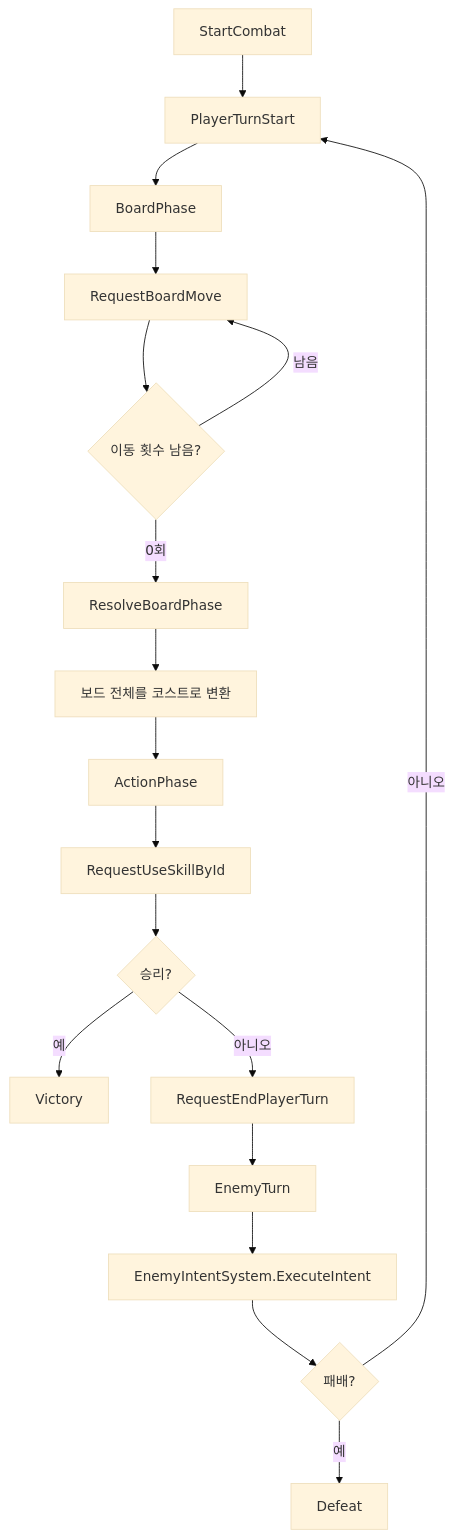
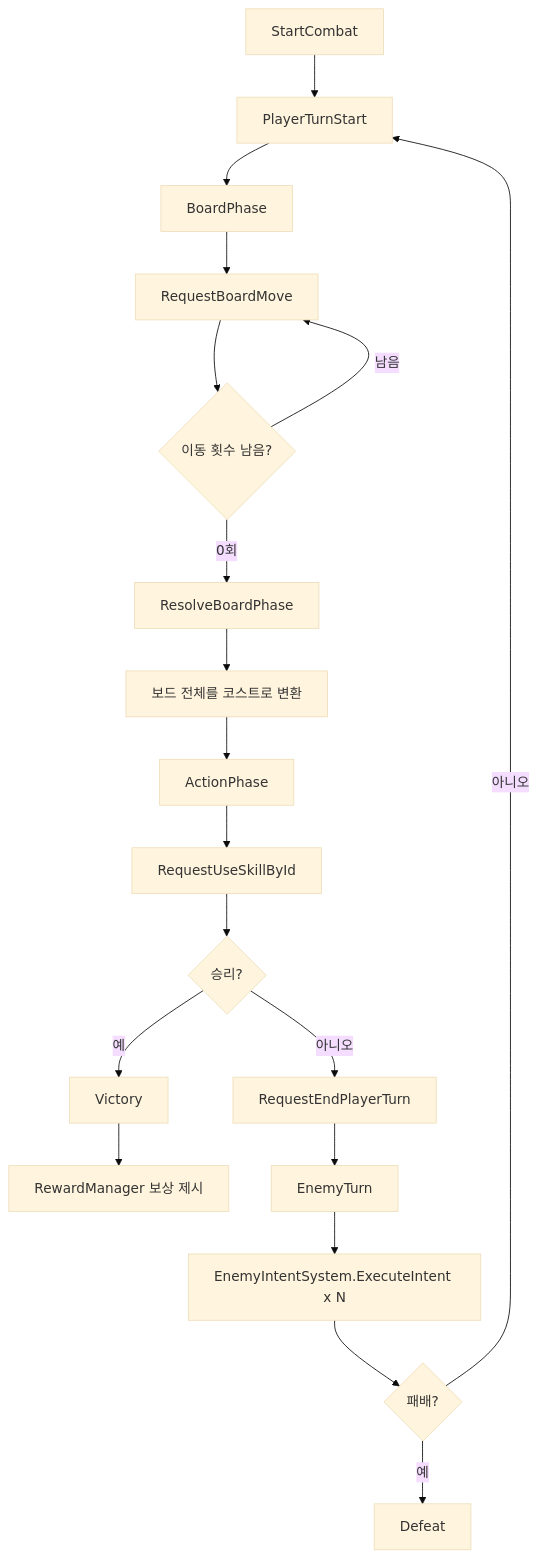
One commit to ExP-RookieChallenge-26-1/Team6-Project changed the diagram in Project 2048/Docs/Combat2048CodeGuide.md. Above: the diagram before and after it, drawn with Mermaid (base theme). The commit also changed other lines of this file and 1 other file, not shown here.

````diff
--- a/Project 2048/Docs/Combat2048CodeGuide.md
+++ b/Project 2048/Docs/Combat2048CodeGuide.md
@@ -148,20 +176,21 @@
 ```mermaid
 flowchart TD
     A["StartCombat"] --> B["PlayerTurnStart"]
     B --> C["BoardPhase"]
     C --> D["RequestBoardMove"]
     D --> E{"이동 횟수 남음?"}
     E -- "남음" --> D
     E -- "0회" --> F["ResolveBoardPhase"]
     F --> G["보드 전체를 코스트로 변환"]
     G --> H["ActionPhase"]
     H --> I["RequestUseSkillById"]
     I --> J{"승리?"}
     J -- "예" --> K["Victory"]
+    K --> Q["RewardManager 보상 제시"]
     J -- "아니오" --> L["RequestEndPlayerTurn"]
     L --> M["EnemyTurn"]
-    M --> N["EnemyIntentSystem.ExecuteIntent"]
+    M --> N["EnemyIntentSystem.ExecuteIntent x N"]
     N --> O{"패배?"}
     O -- "예" --> P["Defeat"]
     O -- "아니오" --> B
 ```
````
